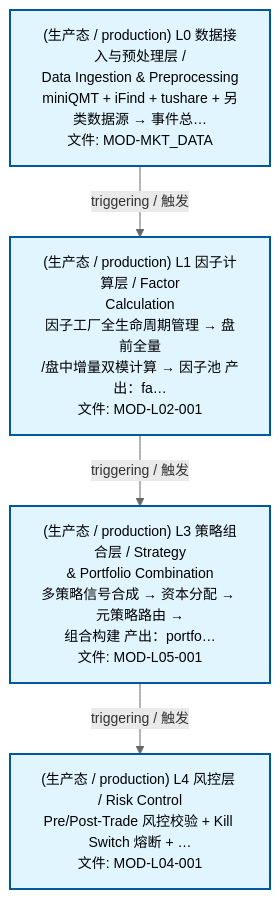
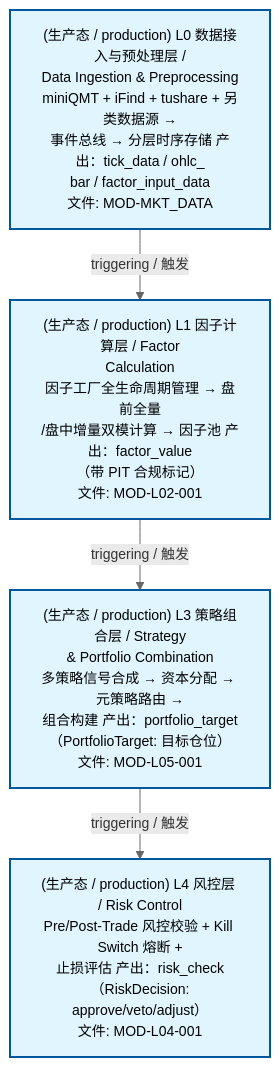
One commit to xuanFelixVan/ZephyrAlpha changed the second of 3 diagrams in docs/02_enterprise_architecture/06_decision_architecture/01_decision_track_model_driven.md. Above: the diagram before and after it, drawn with Mermaid. The commit also changed other lines of this file and 25 other files, not shown here.

````diff
--- a/docs/02_enterprise_architecture/06_decision_architecture/01_decision_track_model_driven.md
+++ b/docs/02_enterprise_architecture/06_decision_architecture/01_decision_track_model_driven.md
@@ -77,16 +77,16 @@
 ```mermaid
 %%{init: {'theme': 'base', 'themeVariables': {'primaryColor': '#eaeaea', 'primaryTextColor': '#333333', 'primaryBorderColor': '#666666', 'lineColor': '#666666', 'secondaryColor': '#eaeaea', 'tertiaryColor': '#eaeaea', 'clusterBkg': 'transparent', 'clusterBorder': 'transparent', 'fontSize': '14px'}}}%%
 flowchart TD
-    LL0["(生产态 / production) L0 数据接入与预处理层 /<br/>Data Ingestion & Preprocessing<br/>miniQMT + iFind + tushare + 另类数据源 → 事件总…<br/>文件: MOD-MKT_DATA"]
-    LL1["(生产态 / production) L1 因子计算层 / Factor<br/>Calculation<br/>因子工厂全生命周期管理 → 盘前全量<br/>/盘中增量双模计算 → 因子池 产出：fa…<br/>文件: MOD-L02-001"]
-    LL3["(生产态 / production) L3 策略组合层 / Strategy<br/>& Portfolio Combination<br/>多策略信号合成 → 资本分配 → 元策略路由 →<br/>组合构建 产出：portfo…<br/>文件: MOD-L05-001"]
-    LL4["(生产态 / production) L4 风控层 / Risk Control<br/>Pre/Post-Trade 风控校验 + Kill Switch 熔断 + …<br/>文件: MOD-L04-001"]
+    LL0["(生产态 / production) L0 数据接入与预处理层 /<br/>Data Ingestion & Preprocessing<br/>miniQMT + iFind + tushare + 另类数据源 →<br/>事件总线 → 分层时序存储 产出：tick_data / ohlc_<br/>bar / factor_input_data<br/>文件: MOD-MKT_DATA"]
+    LL1["(生产态 / production) L1 因子计算层 / Factor<br/>Calculation<br/>因子工厂全生命周期管理 → 盘前全量<br/>/盘中增量双模计算 → 因子池 产出：factor_value<br/>（带 PIT 合规标记）<br/>文件: MOD-L02-001"]
+    LL3["(生产态 / production) L3 策略组合层 / Strategy<br/>& Portfolio Combination<br/>多策略信号合成 → 资本分配 → 元策略路由 →<br/>组合构建 产出：portfolio_target<br/>（PortfolioTarget: 目标仓位）<br/>文件: MOD-L05-001"]
+    LL4["(生产态 / production) L4 风控层 / Risk Control<br/>Pre/Post-Trade 风控校验 + Kill Switch 熔断 +<br/>止损评估 产出：risk_check（RiskDecision:<br/>approve/veto/adjust）<br/>文件: MOD-L04-001"]
     LL0 -->|triggering / 触发| LL1
     LL1 -->|triggering / 触发| LL3
     LL3 -->|triggering / 触发| LL4
     classDef production fill:#e1f5fe,stroke:#01579b,stroke-width:2px,color:#000
     classDef design fill:#fff3e0,stroke:#e65100,stroke-width:2px,color:#000,stroke-dasharray: 5 5
     classDef external_prod fill:#e8f4fd,stroke:#0277bd,stroke-width:1px,color:#000
     classDef external_design fill:#fff8e7,stroke:#ef6c00,stroke-width:1px,color:#000,stroke-dasharray: 5 5
     class LL0,LL1,LL3,LL4 production
 ```
````
